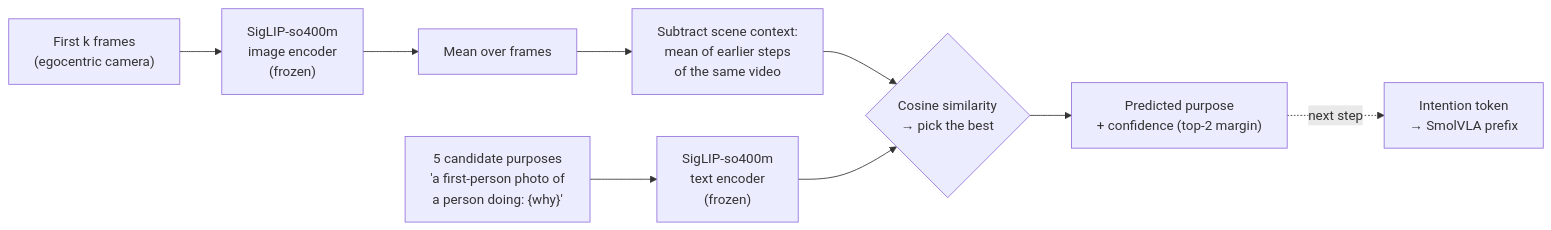
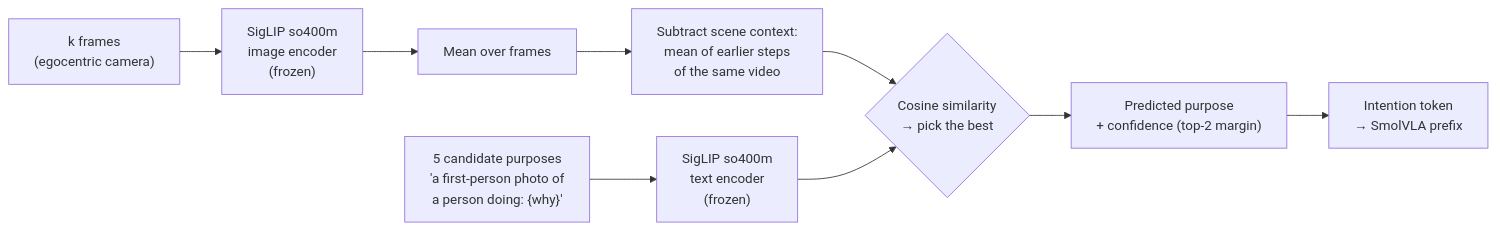
One commit to sgdfgnhmjnfd/vlia-uet changed the diagram in README.md. Above: the diagram before and after it, drawn with Mermaid. The commit also changed other lines of this file and 110 other files, not shown here.

````diff
--- a/README.md
+++ b/README.md
@@ -59,11 +63,11 @@
 ```mermaid
 flowchart LR
-    A["First k frames<br/>(egocentric camera)"] --> B["SigLIP-so400m<br/>image encoder<br/>(frozen)"]
+    A["k frames<br/>(egocentric camera)"] --> B["SigLIP so400m<br/>image encoder<br/>(frozen)"]
     B --> C["Mean over frames"]
     C --> D["Subtract scene context:<br/>mean of earlier steps<br/>of the same video"]
-    E["5 candidate purposes<br/>'a first-person photo of<br/>a person doing: {why}'"] --> F["SigLIP-so400m<br/>text encoder<br/>(frozen)"]
+    E["5 candidate purposes<br/>'a first-person photo of<br/>a person doing: {why}'"] --> F["SigLIP so400m<br/>text encoder<br/>(frozen)"]
     D --> G{"Cosine similarity<br/>→ pick the best"}
     F --> G
     G --> H["Predicted purpose<br/>+ confidence (top-2 margin)"]
-    H -. "next step" .-> I["Intention token<br/>→ SmolVLA prefix"]
+    H --> I["Intention token<br/>→ SmolVLA prefix"]
 ```
````
